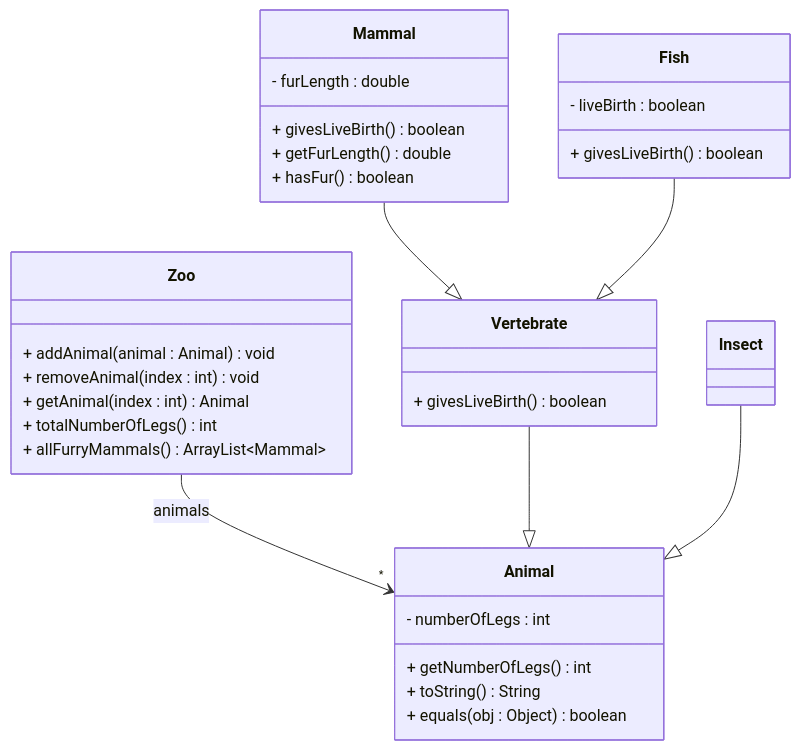
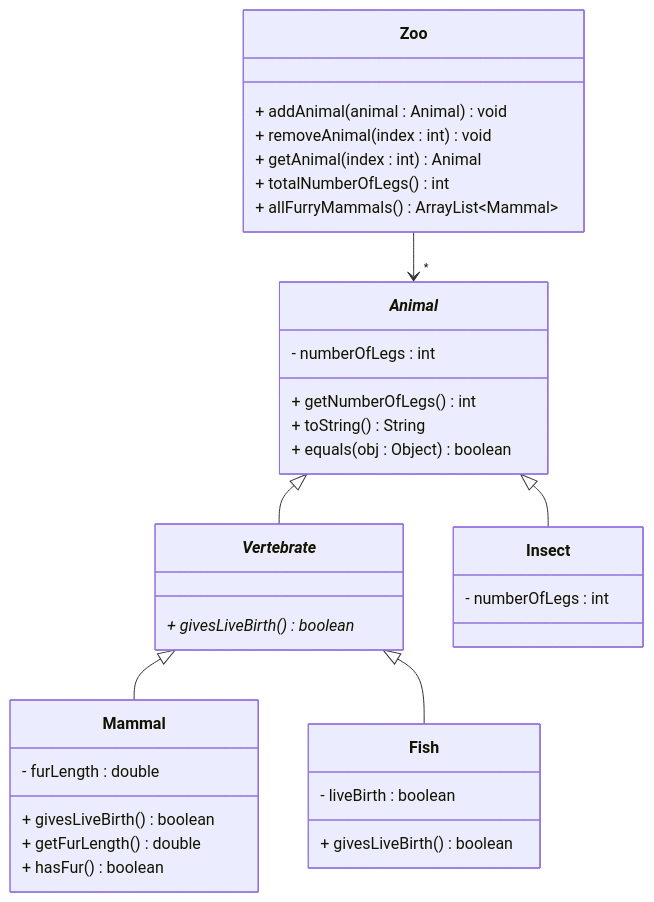
One commit to TroelsMortensen/Codelabs2 changed the diagram in Articles/Session 24 - Exam/007 Exercise 6 - Zoo System.md. Above: the diagram before and after it, drawn with Mermaid. The commit also changed other lines of this file and 4 other files, not shown here.

````diff
--- a/Articles/Session 24 - Exam/007 Exercise 6 - Zoo System.md
+++ b/Articles/Session 24 - Exam/007 Exercise 6 - Zoo System.md
@@ -5,42 +5,43 @@
 ```mermaid
 classDiagram
     class Zoo {
         + addAnimal(animal : Animal) void
         + removeAnimal(index : int) void
         + getAnimal(index : int) Animal
         + totalNumberOfLegs() int
         + allFurryMammals() ArrayList~Mammal~
     }
     
-    class Animal {
+    class _Animal_ {
         - numberOfLegs : int
         + getNumberOfLegs() int
         + toString() String
         + equals(obj : Object) boolean
     }
     
-    class Vertebrate {
-        + givesLiveBirth() boolean
+    class _Vertebrate_ {
+        + givesLiveBirth()* boolean
     }
     
     class Insect {
+        - numberOfLegs : int
     }
     
     class Mammal {
         - furLength : double
         + givesLiveBirth() boolean
         + getFurLength() double
         + hasFur() boolean
     }
     
     class Fish {
         - liveBirth : boolean
         + givesLiveBirth() boolean
     }
     
-    Zoo --> "*" Animal : animals
-    Vertebrate --|> Animal
-    Insect --|> Animal
-    Mammal --|> Vertebrate
-    Fish --|> Vertebrate
+    Zoo --> "*" _Animal_ 
+    _Animal_ <|-- _Vertebrate_
+    _Animal_ <|-- Insect
+    _Vertebrate_ <|-- Mammal
+    _Vertebrate_ <|-- Fish
 ```
````
